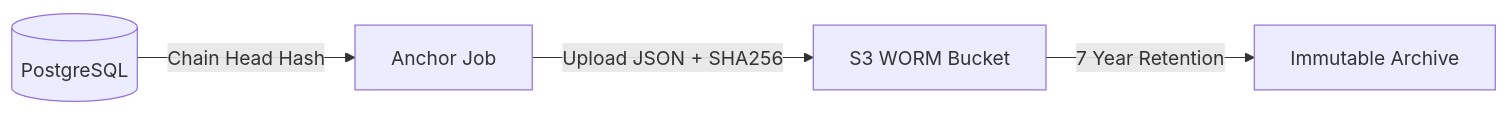
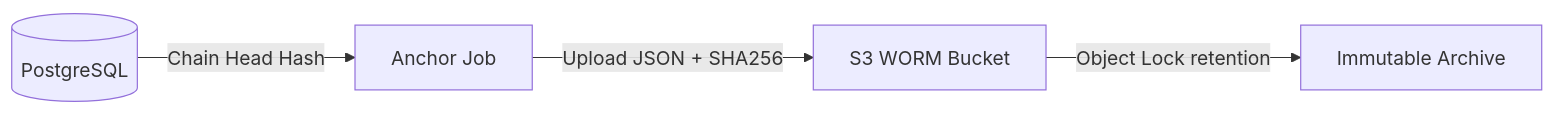
The second of 2 diagrams in docs/src/content/docs/security/compliance/audit-trail.mdx (DocSpring/rack-gateway), drawn with Mermaid before and after one commit. The commit also changed other lines of this file and 108 other files, not shown here.

````diff
--- a/docs/src/content/docs/security/compliance/audit-trail.mdx
+++ b/docs/src/content/docs/security/compliance/audit-trail.mdx
@@ -229,6 +231,6 @@
 ```mermaid
 graph LR
     DB[(PostgreSQL)] -->|Chain Head Hash| Anchor[Anchor Job]
     Anchor -->|Upload JSON + SHA256| S3[S3 WORM Bucket]
-    S3 -->|7 Year Retention| Archive[Immutable Archive]
+    S3 -->|Object Lock retention| Archive[Immutable Archive]
 ```
````
